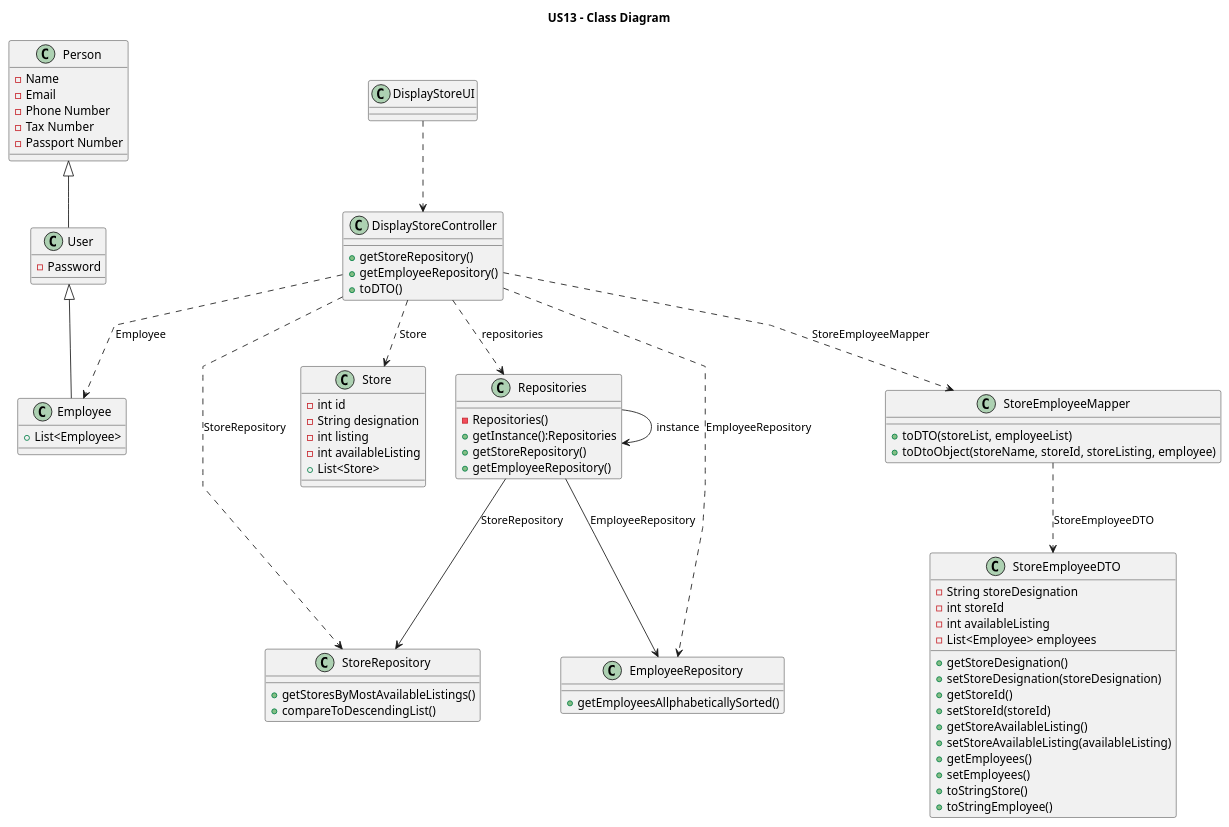
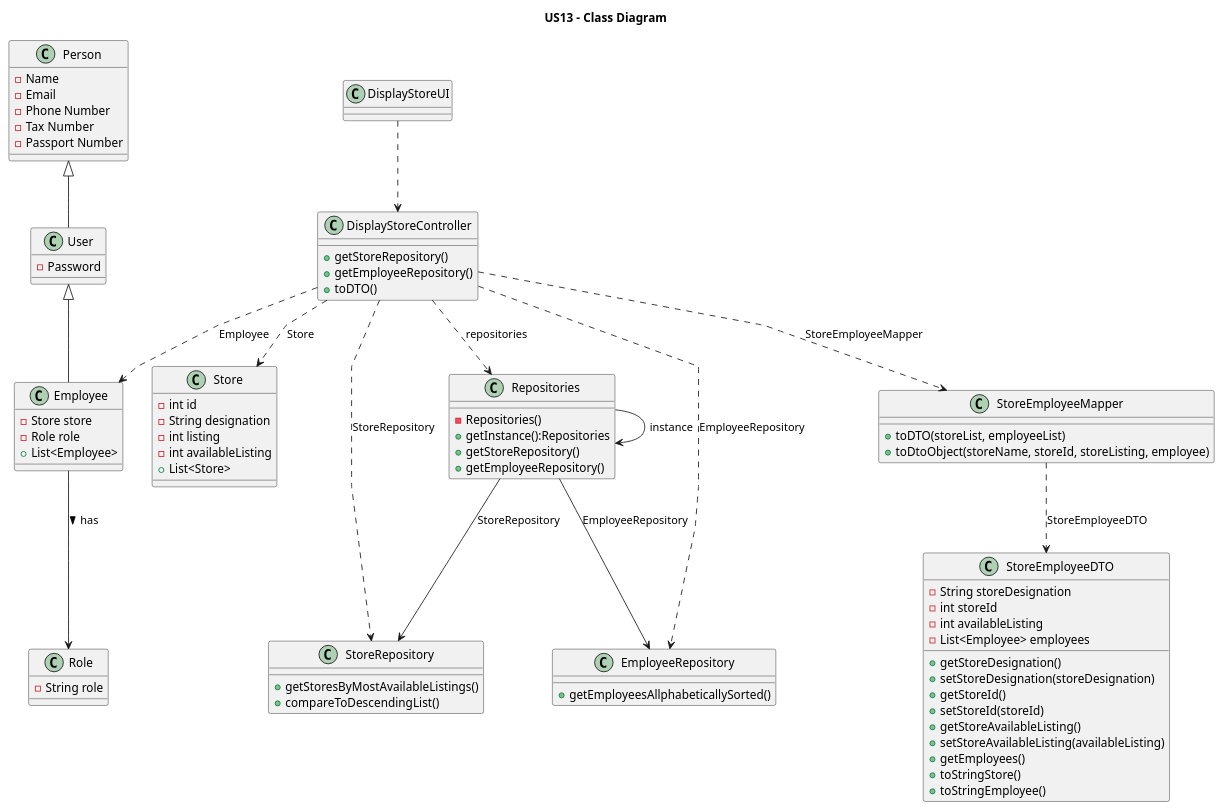
One commit to PureNimble/ISEP-LAPR2 changed the diagram in docs/sprintD/US13/03.design/puml/us13-class-diagram.puml. Above: the diagram before and after it, drawn with PlantUML. The commit also changed 7 other files, not shown here.

```diff
--- a/docs/sprintD/US13/03.design/puml/us13-class-diagram.puml
+++ b/docs/sprintD/US13/03.design/puml/us13-class-diagram.puml
@@ -1,99 +1,105 @@
 @startuml
 
 'skinparam monochrome true
 skinparam packageStyle rectangle
 skinparam shadowing false
 skinparam linetype polyline
 'skinparam linetype orto
 'skinparam classAttributeIconSize 0
 'left to right direction
 
 title US13 - Class Diagram
 
 class Repositories {
     -Repositories()
     +getInstance():Repositories
     +getStoreRepository()
     +getEmployeeRepository()
 }
 
 class Store {
     -int id
     -String designation
     -int listing
     -int availableListing
     +List<Store>
 }
 
 class Employee {
+    -Store store
+    -Role role
     +List<Employee>
 }
 
 class StoreEmployeeMapper {
     +toDTO(storeList, employeeList)
     +toDtoObject(storeName, storeId, storeListing, employee)
 }
 
 class DisplayStoreController {
     +getStoreRepository()
     +getEmployeeRepository()
     +toDTO()
 }
 
 class StoreRepository {
     +getStoresByMostAvailableListings()
     +compareToDescendingList()
 }
 
 class EmployeeRepository {
     +getEmployeesAllphabeticallySorted()
 }
 
 class User {
     -Password
 }
 
+class Role {
+    -String role
+}
+
 class Person {
     -Name
     -Email
     -Phone Number
     -Tax Number
     -Passport Number
 }
 
 class StoreEmployeeDTO {
     -String storeDesignation
     -int storeId
     -int availableListing
     -List<Employee> employees
     +getStoreDesignation()
     +setStoreDesignation(storeDesignation)
     +getStoreId()
     +setStoreId(storeId)
     +getStoreAvailableListing()
     +setStoreAvailableListing(availableListing)
     +getEmployees()
-    +setEmployees()
     +toStringStore()
     +toStringEmployee()
 }
 
 class DisplayStoreUI {
 
 }
 
 Repositories -> Repositories:instance
 Repositories --> StoreRepository: StoreRepository
 Repositories --> EmployeeRepository: EmployeeRepository
+Employee --> Role: has >
 DisplayStoreController ..> Repositories : repositories
 DisplayStoreController ..> StoreRepository : StoreRepository
 DisplayStoreController ..> EmployeeRepository : EmployeeRepository
 DisplayStoreController ..> Store : Store
 DisplayStoreController ..> Employee : Employee
 DisplayStoreController ..> StoreEmployeeMapper : StoreEmployeeMapper
 DisplayStoreUI ..> DisplayStoreController
 StoreEmployeeMapper ..> StoreEmployeeDTO: StoreEmployeeDTO
 Person <|-- User
 User <|-- Employee
 
 @enduml
```
